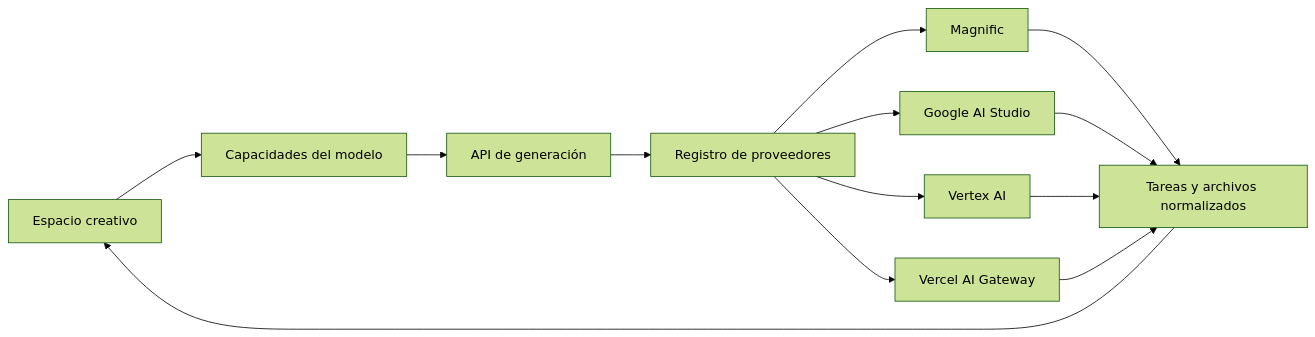
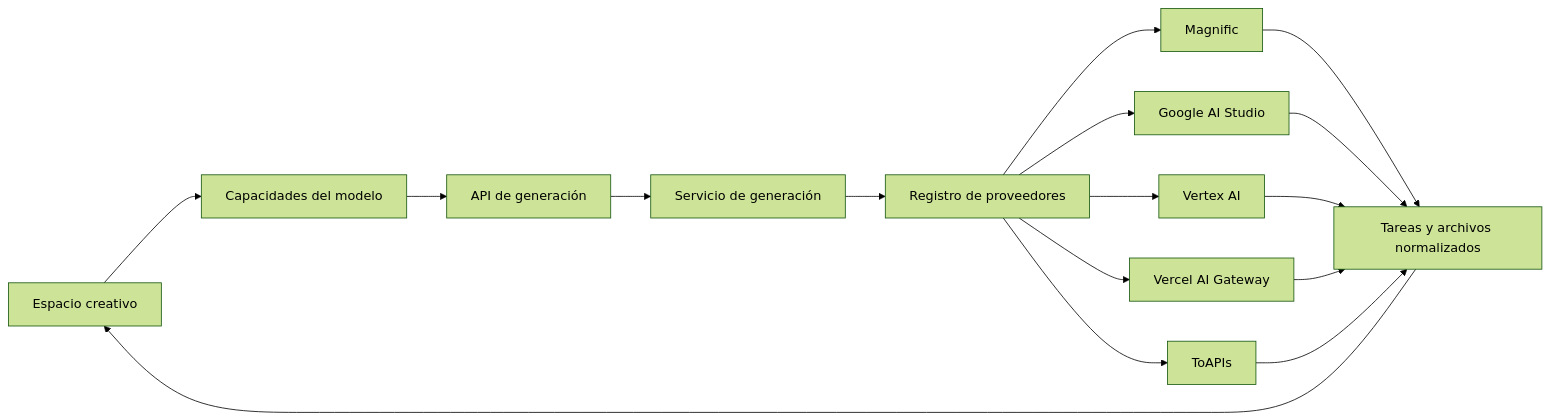
Before and after one commit to TechBeme/open-higgsfield: the diagram in README.es.md, drawn with Mermaid (forest theme). The commit also changed other lines of this file and 22 other files, not shown here.

````diff
--- a/README.es.md
+++ b/README.es.md
@@ -100,15 +129,18 @@
 ```mermaid
 flowchart LR
     U[Espacio creativo] --> C[Capacidades del modelo]
     C --> A[API de generación]
-    A --> R[Registro de proveedores]
+    A --> S[Servicio de generación]
+    S --> R[Registro de proveedores]
     R --> F[Magnific]
     R --> G[Google AI Studio]
     R --> V[Vertex AI]
     R --> W[Vercel AI Gateway]
+    R --> O[ToAPIs]
     F --> T[Tareas y archivos normalizados]
     G --> T
     V --> T
     W --> T
+    O --> T
     T --> U
 ```
````
